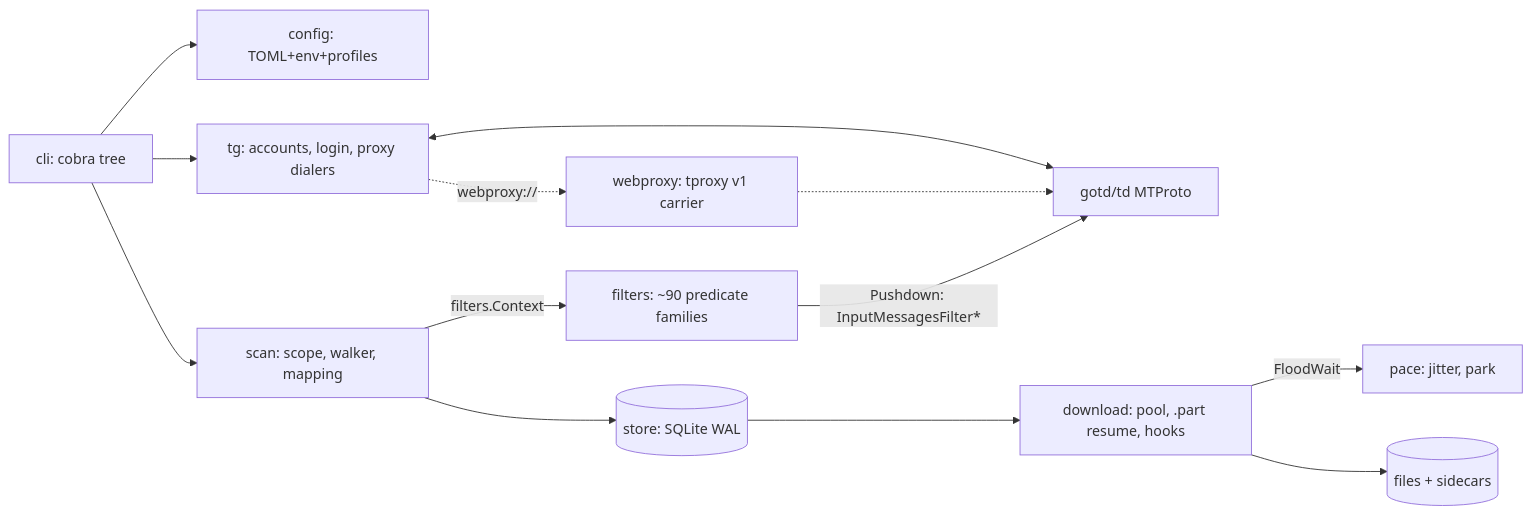
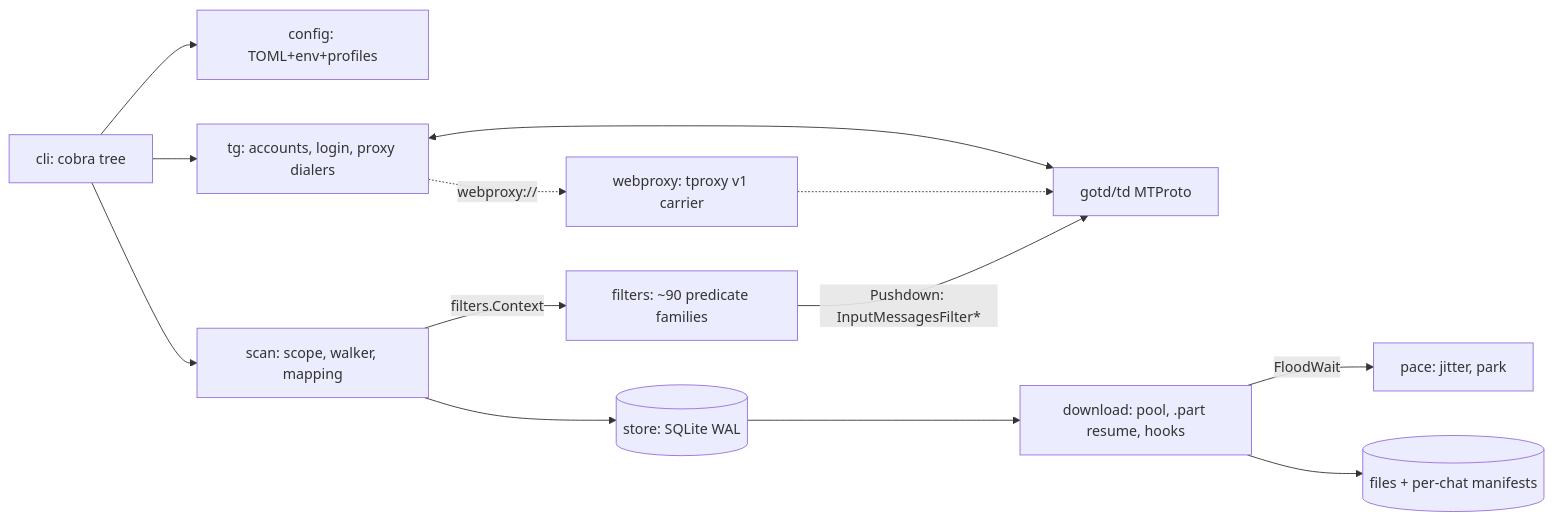
One commit to 4q4r/teleparse changed the first of 2 diagrams in README.md. Above: the diagram before and after it, drawn with Mermaid. The commit also changed other lines of this file and 20 other files, not shown here.

Commit message:
feat(download,config,cli): manifest-driven paths (fallback never fires with a filename), naming styles, per-chat manifests (#40)

````diff
--- a/README.md
+++ b/README.md
@@ -441,14 +443,14 @@
 ```mermaid
 flowchart LR
     CLI[cli: cobra tree] --> CFG[config: TOML+env+profiles]
     CLI --> TG[tg: accounts, login, proxy dialers]
     TG <--> GOTD[gotd/td MTProto]
     CLI --> SCAN[scan: scope, walker, mapping]
     SCAN -->|filters.Context| FILTERS[filters: ~90 predicate families]
     FILTERS -->|Pushdown: InputMessagesFilter*| GOTD
     SCAN --> STORE[(store: SQLite WAL)]
     STORE --> DL[download: pool, .part resume, hooks]
     DL -->|FloodWait| PACE[pace: jitter, park]
-    DL --> FS[(files + sidecars)]
+    DL --> FS[(files + per-chat manifests)]
     TG -. webproxy:// .-> WP[webproxy: tproxy v1 carrier] -.-> GOTD
 ```
````
